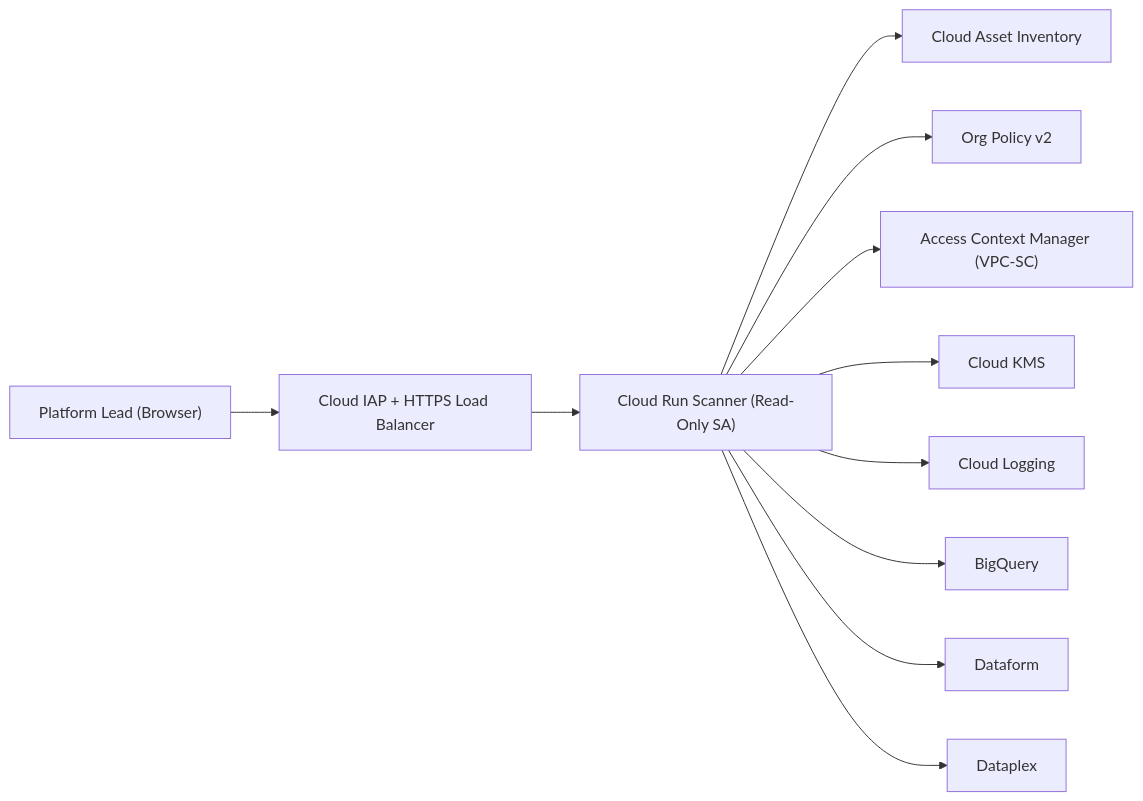
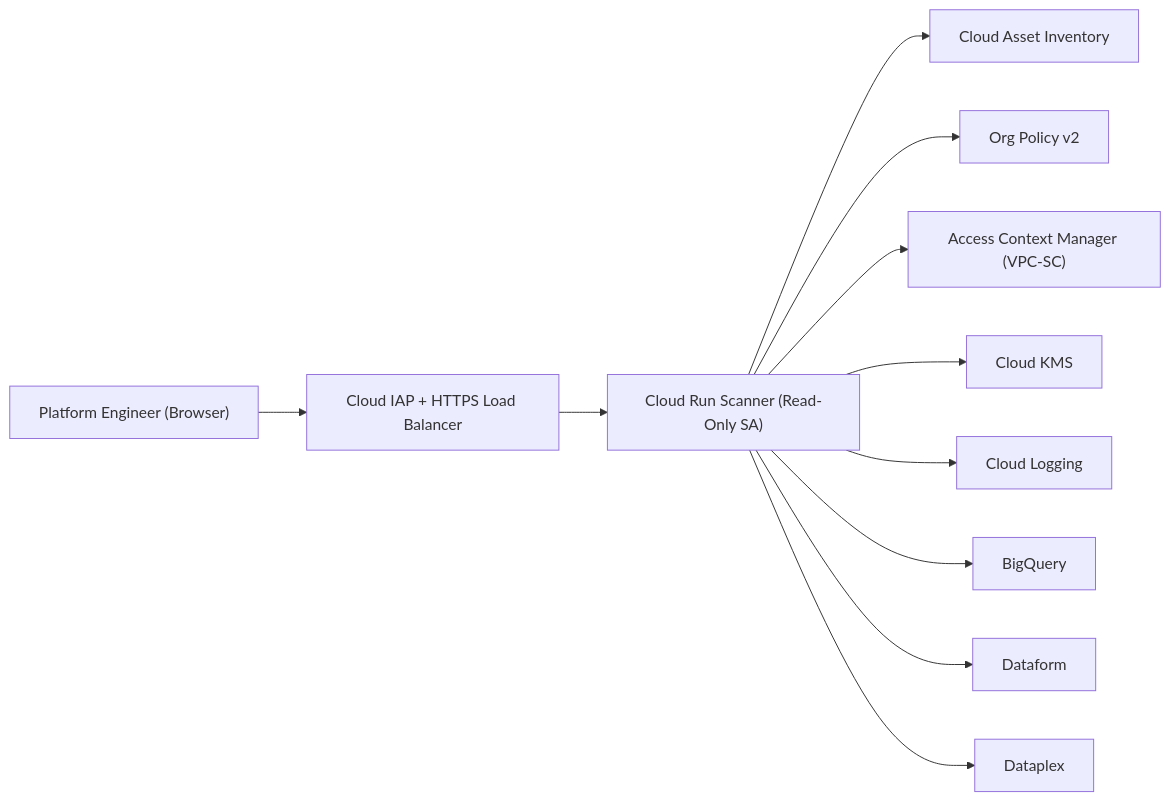
One commit to choo737/gcp-launchpad changed the diagram in docs/03-org-completeness-scanner-design.md. Above: the diagram before and after it, drawn with Mermaid. The commit also changed other lines of this file and 4 other files, not shown here.

````diff
--- a/docs/03-org-completeness-scanner-design.md
+++ b/docs/03-org-completeness-scanner-design.md
@@ -15,13 +15,13 @@
 ```mermaid
 flowchart LR
-    U["Platform Lead (Browser)"] --> IAP["Cloud IAP + HTTPS Load Balancer"]
+    U["Platform Engineer (Browser)"] --> IAP["Cloud IAP + HTTPS Load Balancer"]
     IAP --> CR["Cloud Run Scanner (Read-Only SA)"]
     CR --> CAI["Cloud Asset Inventory"]
     CR --> OP["Org Policy v2"]
     CR --> ACM["Access Context Manager (VPC-SC)"]
     CR --> KMS["Cloud KMS"]
     CR --> LOG["Cloud Logging"]
     CR --> BQ["BigQuery"]
     CR --> DF["Dataform"]
     CR --> DP["Dataplex"]
 ```
````
